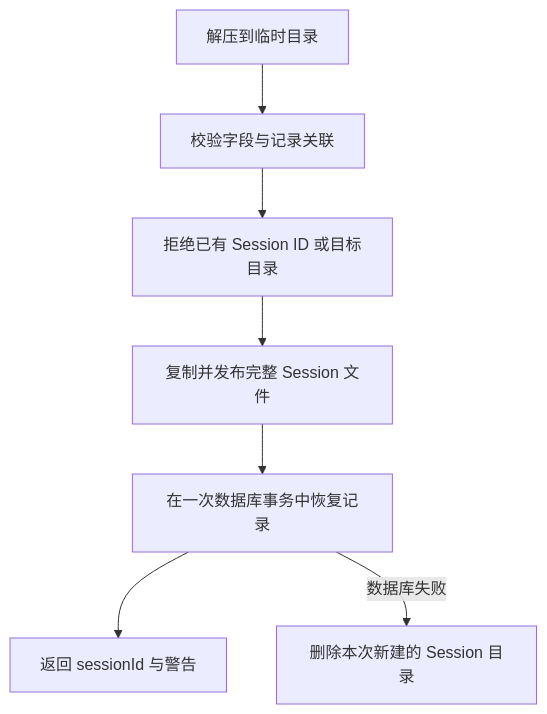
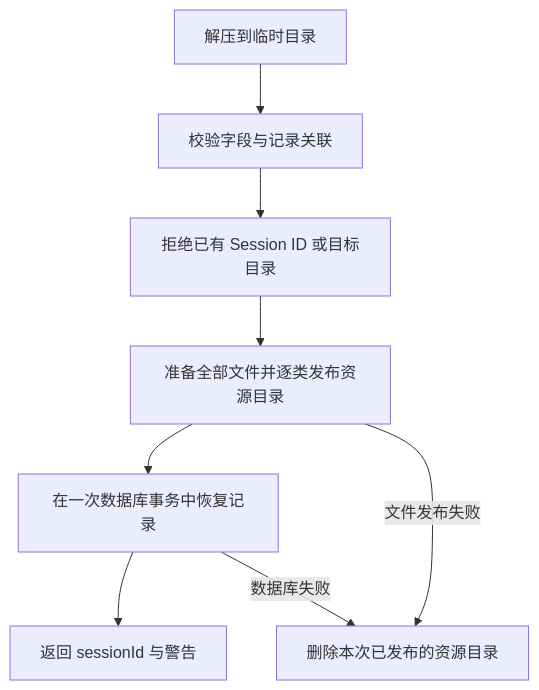
One commit to chengyuZou/EmaAgent changed the diagram in src/backup/README-zh.md. Above: the diagram before and after it, drawn with Mermaid. The commit also changed other lines of this file and 56 other files, not shown here.

````diff
--- a/src/backup/README-zh.md
+++ b/src/backup/README-zh.md
@@ -37,9 +39,10 @@
 ```mermaid
 flowchart TD
   A[解压到临时目录] --> B[校验字段与记录关联]
   B --> C[拒绝已有 Session ID 或目标目录]
-  C --> D[复制并发布完整 Session 文件]
+  C --> D[准备全部文件并逐类发布资源目录]
   D --> E[在一次数据库事务中恢复记录]
   E --> F[返回 sessionId 与警告]
-  E -- 数据库失败 --> G[删除本次新建的 Session 目录]
+  D -- 文件发布失败 --> G[删除本次已发布的资源目录]
+  E -- 数据库失败 --> G
 ```
````
